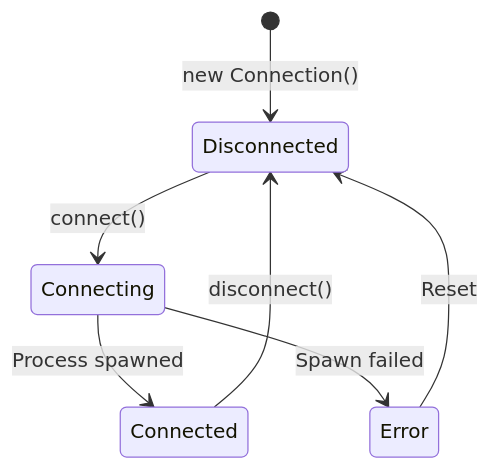
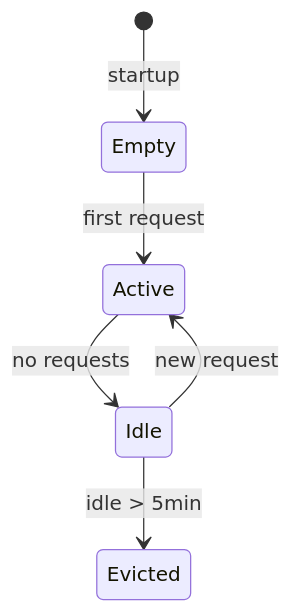
The third of 3 diagrams in projects/meta-mcp-server/docs/ARCHITECTURE.md (blueman82/mcp-exec), drawn with Mermaid before and after one commit. The commit also changed other lines of this file and 7 other files, not shown here.

First line of the commit message:
docs: simplify architecture docs, fix token costs

````diff
--- a/projects/meta-mcp-server/docs/ARCHITECTURE.md
+++ b/projects/meta-mcp-server/docs/ARCHITECTURE.md
@@ -515,9 +129,8 @@
 ```mermaid
 stateDiagram-v2
-    [*] --> Disconnected: new Connection()
-    Disconnected --> Connecting: connect()
-    Connecting --> Connected: Process spawned
-    Connecting --> Error: Spawn failed
-    Connected --> Disconnected: disconnect()
-    Error --> Disconnected: Reset
+  [*] --> Empty: startup
+  Empty --> Active: first request
+  Active --> Idle: no requests
+  Idle --> Active: new request
+  Idle --> Evicted: idle > 5min
 ```
````
